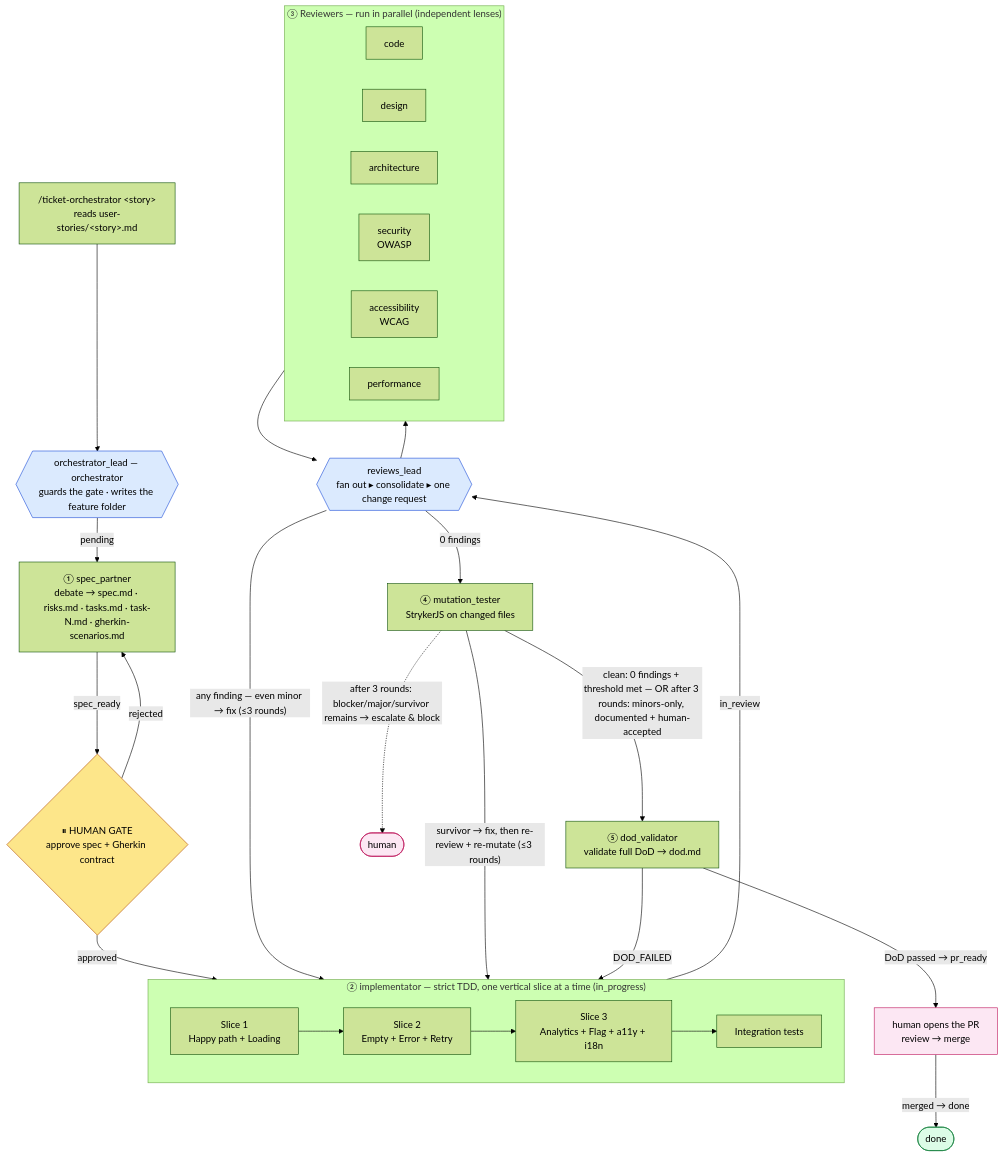
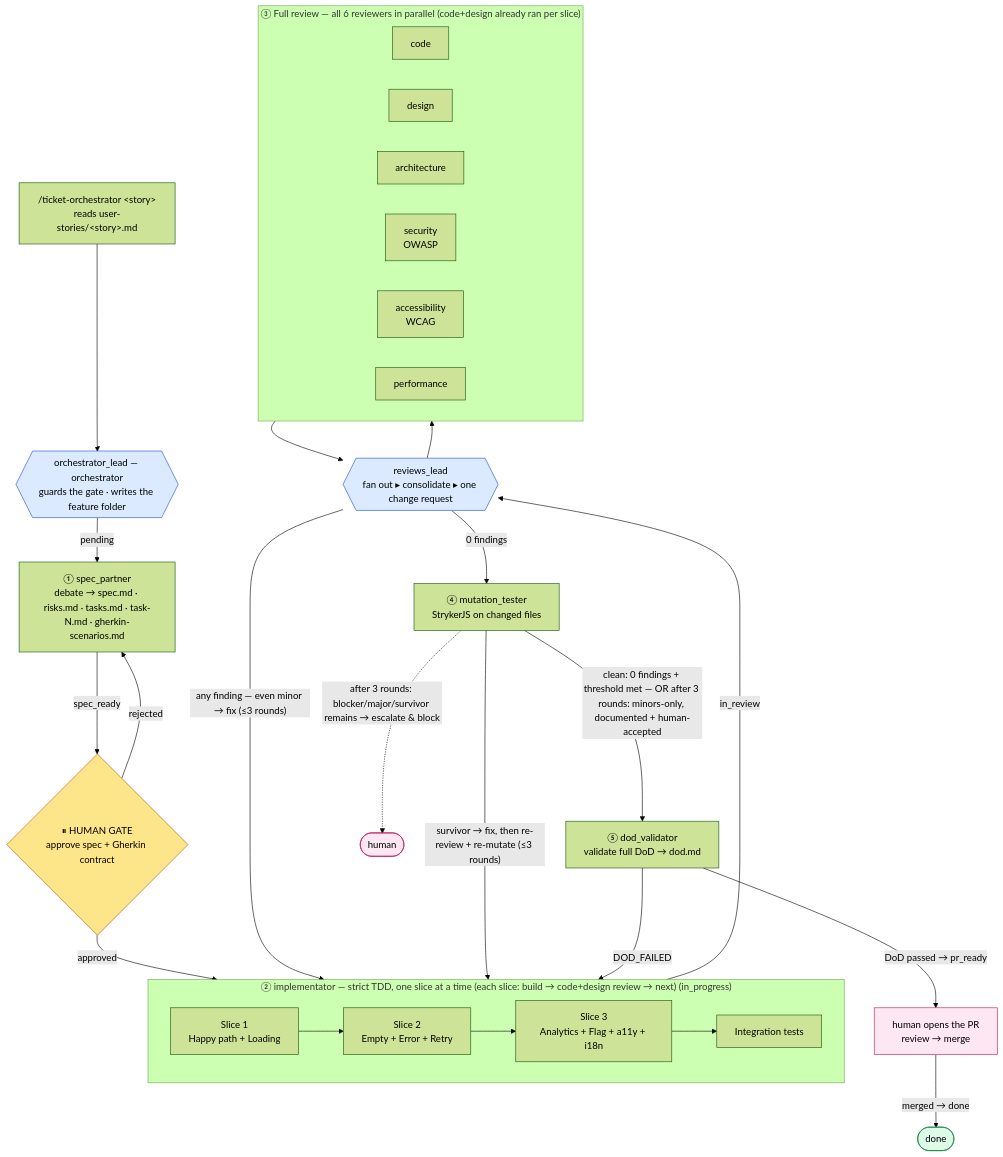
One commit to LIDR-academy/AI4Devs-finalproject changed the diagram in ORCHESTRATOR_PLAN.md. Above: the diagram before and after it, drawn with Mermaid (forest theme). The commit also changed other lines of this file and 61 other files, not shown here.

````diff
--- a/ORCHESTRATOR_PLAN.md
+++ b/ORCHESTRATOR_PLAN.md
@@ -152,46 +152,46 @@
 ```mermaid
 flowchart TD
     CLI["/ticket-orchestrator &lt;story&gt;<br/>reads user-stories/&lt;story&gt;.md"] --> LEAD{{"orchestrator_lead — orchestrator<br/>guards the gate · writes the feature folder"}}
 
     LEAD -->|pending| P1["① spec_partner<br/>debate → spec.md · risks.md · tasks.md · task-N.md · gherkin-scenarios.md"]
     P1 -->|spec_ready| GATE{"⏸ HUMAN GATE<br/>approve spec + Gherkin contract"}
     GATE -->|rejected| P1
 
     GATE -->|"approved"| P3G
-    subgraph P3G["② implementator — strict TDD, one vertical slice at a time (in_progress)"]
+    subgraph P3G["② implementator — strict TDD, one slice at a time (each slice: build → code+design review → next) (in_progress)"]
         direction LR
         S1["Slice 1<br/>Happy path + Loading"] --> S2["Slice 2<br/>Empty + Error + Retry"] --> S3["Slice 3<br/>Analytics + Flag + a11y + i18n"] --> INT["Integration tests"]
     end
 
     P3G -->|in_review| RL
-    subgraph RV["③ Reviewers — run in parallel (independent lenses)"]
+    subgraph RV["③ Full review — all 6 reviewers in parallel (code+design already ran per slice)"]
         direction LR
         R1["code"]
         R2["design"]
         R3["architecture"]
         R4["security<br/>OWASP"]
         R5["accessibility<br/>WCAG"]
         R6["performance"]
     end
     RL{{"reviews_lead<br/>fan out ▸ consolidate ▸ one change request"}}
     RL --> RV
     RV --> RL
 
     RL -->|"any finding — even minor → fix (≤3 rounds)"| P3G
     RL -->|"0 findings"| MUT["④ mutation_tester<br/>StrykerJS on changed files"]
     MUT -->|"survivor → fix, then re-review + re-mutate (≤3 rounds)"| P3G
     MUT -->|"clean: 0 findings + threshold met — OR after 3 rounds: minors-only, documented + human-accepted"| DV["⑤ dod_validator<br/>validate full DoD → dod.md"]
     MUT -.->|"after 3 rounds: blocker/major/survivor remains → escalate & block"| ESC(["human"])
     DV -->|DOD_FAILED| P3G
     DV -->|"DoD passed → pr_ready"| HPR["human opens the PR<br/>review → merge"]
     HPR -->|merged → done| DONE(["done"])
 
     classDef gate fill:#fde68a,stroke:#b45309,color:#000;
     classDef lead fill:#dbeafe,stroke:#1d4ed8,color:#000;
     classDef terminal fill:#dcfce7,stroke:#15803d,color:#000;
     classDef human fill:#fce7f3,stroke:#be185d,color:#000;
     class GATE gate;
     class LEAD,RL lead;
     class HPR,ESC human;
     class DONE terminal;
 ```
````
